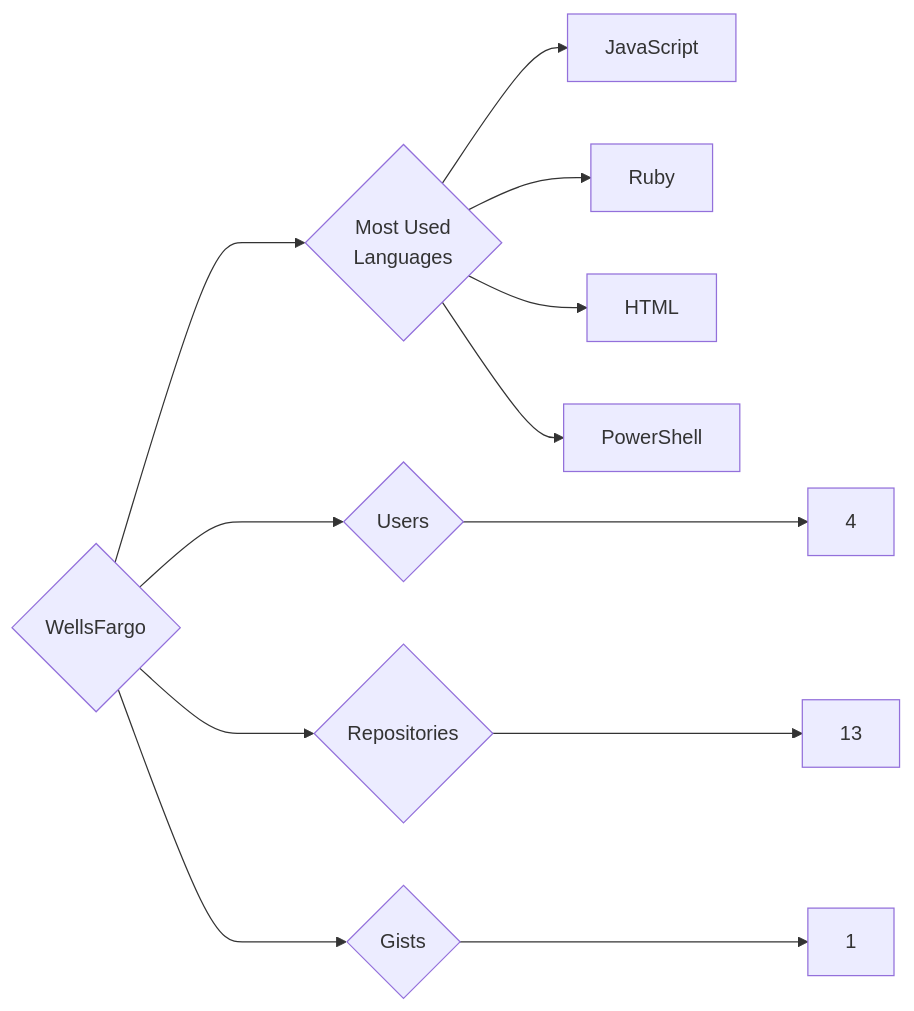
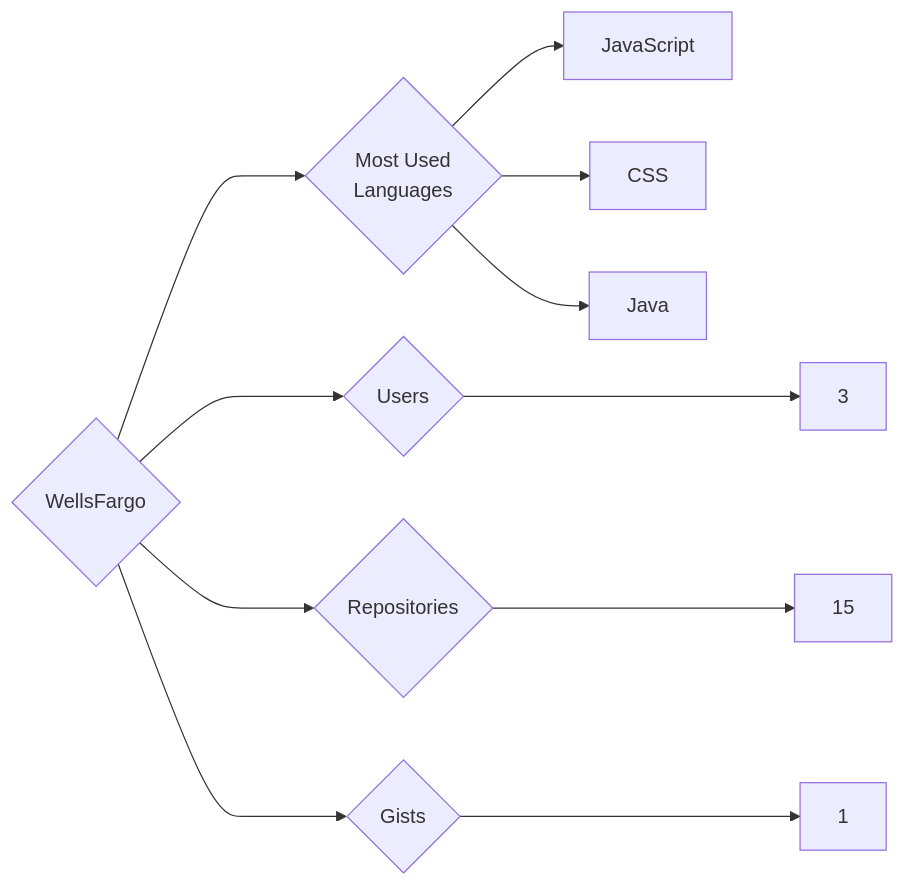
Before and after one commit to trickest/insiders: the diagram in targets/WellsFargo/README.md, drawn with Mermaid. The commit also changed 806 other files, not shown here.

````diff
--- a/targets/WellsFargo/README.md
+++ b/targets/WellsFargo/README.md
@@ -3,12 +3,11 @@
 ```mermaid
 graph LR
 COMPANY_NAME{WellsFargo}
-COMPANY_NAME ---> U{Users} ---> UN[4]
-COMPANY_NAME ---> R{Repositories} ---> RN[13]
+COMPANY_NAME ---> U{Users} ---> UN[3]
+COMPANY_NAME ---> R{Repositories} ---> RN[15]
 COMPANY_NAME ---> G{Gists} ---> GN[1]
 COMPANY_NAME ---> ML{Most Used<br>Languages}
 ML --> JavaScript[JavaScript]
-ML --> Ruby[Ruby]
-ML --> HTML[HTML]
-ML --> PowerShell[PowerShell]
+ML --> CSS[CSS]
+ML --> Java[Java]
 ```
````
